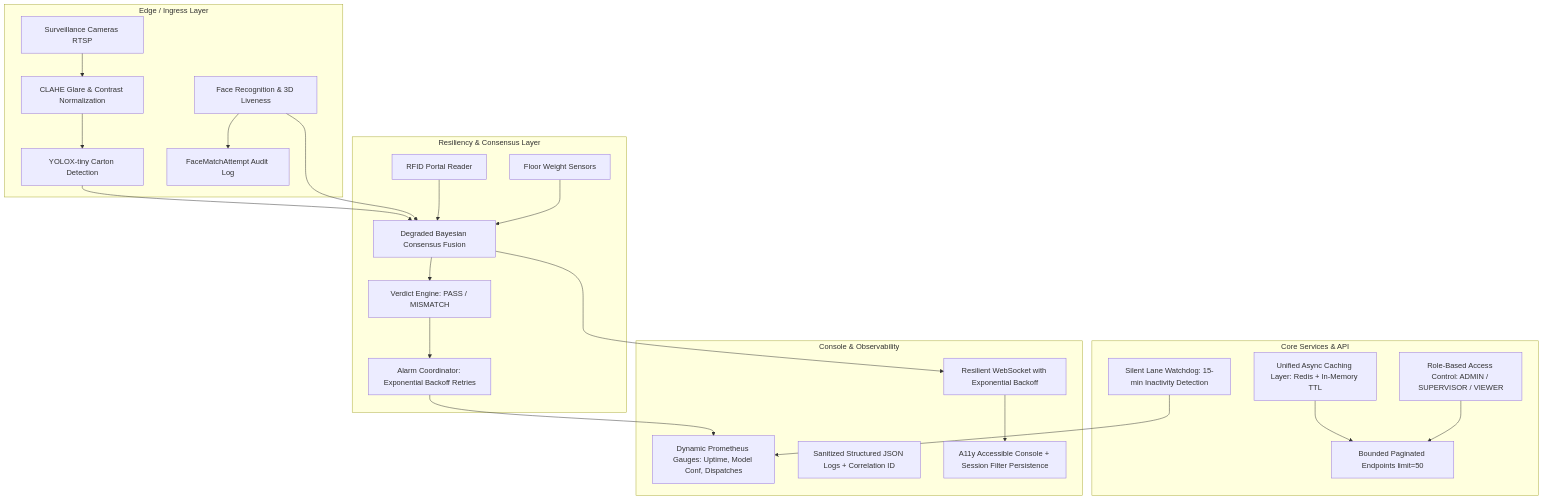
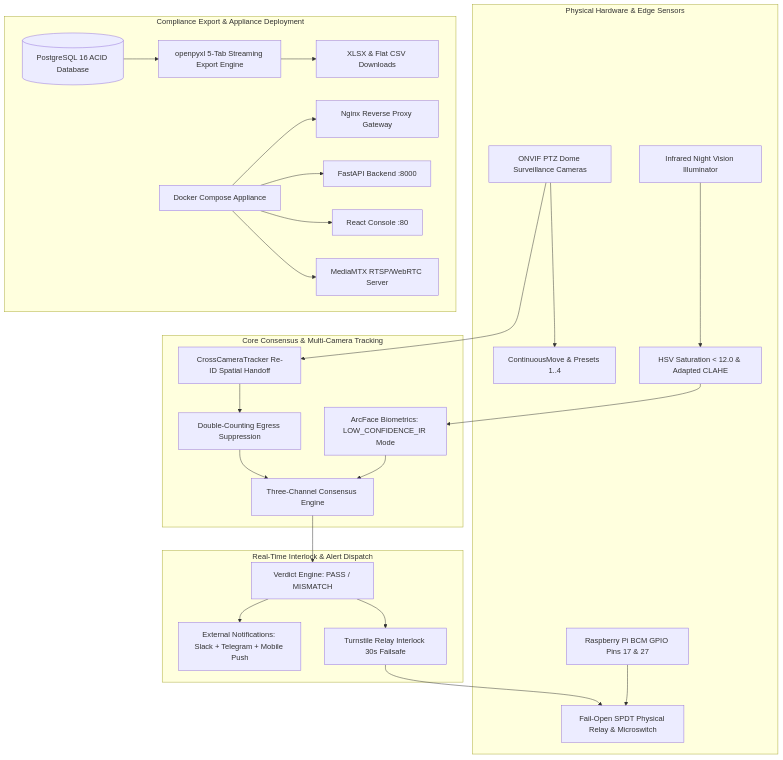
The diagram in CHANGES_SUMMARY.md (KunalPramanik/RETAIL_MONITORING), drawn with Mermaid before and after one commit. The commit also changed other lines of this file and 36 other files, not shown here.

Commit message:
feat: turnstile GPIO relay driver, 5-tab excel export, PTZ & Re-ID handoff, docker compose, IR night vision, webhooks

````diff
--- a/CHANGES_SUMMARY.md
+++ b/CHANGES_SUMMARY.md
@@ -14,38 +14,32 @@
 ```mermaid
 flowchart TD
-    subgraph "Edge / Ingress Layer"
-        Cam[Surveillance Cameras RTSP] --> Glare[CLAHE Glare & Contrast Normalization]
-        Glare --> Det[YOLOX-tiny Carton Detection]
-        Bio[Face Recognition & 3D Liveness] --> BioAudit[FaceMatchAttempt Audit Log]
+    subgraph "Physical Hardware & Edge Sensors"
+        GPIO[Raspberry Pi BCM GPIO Pins 17 & 27] --> Relay[Fail-Open SPDT Physical Relay & Microswitch]
+        PTZCam[ONVIF PTZ Dome Surveillance Cameras] --> ONVIF[ContinuousMove & Presets 1..4]
+        IRSensor[Infrared Night Vision Illuminator] --> IRDetect[HSV Saturation < 12.0 & Adapted CLAHE]
     end
 
-    subgraph "Resiliency & Consensus Layer"
-        Det --> Fusion[Degraded Bayesian Consensus Fusion]
-        Bio --> Fusion
-        RFID[RFID Portal Reader] --> Fusion
-        Scale[Floor Weight Sensors] --> Fusion
-        Fusion --> Verdict[Verdict Engine: PASS / MISMATCH]
-        Verdict --> Alarm[Alarm Coordinator: Exponential Backoff Retries]
+    subgraph "Core Consensus & Multi-Camera Tracking"
+        PTZCam --> Tracker[CrossCameraTracker Re-ID Spatial Handoff]
+        Tracker --> DeDup[Double-Counting Egress Suppression]
+        IRDetect --> FaceBio[ArcFace Biometrics: LOW_CONFIDENCE_IR Mode]
+        DeDup --> Consensus[Three-Channel Consensus Engine]
+        FaceBio --> Consensus
     end
 
-    subgraph "Core Services & API"
-        Cache[Unified Async Caching Layer: Redis + In-Memory TTL]
-        RBAC[Role-Based Access Control: ADMIN / SUPERVISOR / VIEWER]
-        Watchdog[Silent Lane Watchdog: 15-min Inactivity Detection]
-        AuditAPI[Bounded Paginated Endpoints limit=50]
+    subgraph "Real-Time Interlock & Alert Dispatch"
+        Consensus --> Verdict[Verdict Engine: PASS / MISMATCH]
+        Verdict --> Interlock[Turnstile Relay Interlock 30s Failsafe]
+        Verdict --> Webhook[External Notifications: Slack + Telegram + Mobile Push]
+        Interlock --> Relay
     end
 
-    subgraph "Console & Observability"
-        Prom[Dynamic Prometheus Gauges: Uptime, Model Conf, Dispatches]
-        Logs[Sanitized Structured JSON Logs + Correlation ID]
-        WS[Resilient WebSocket with Exponential Backoff]
-        UI[A11y Accessible Console + Session Filter Persistence]
+    subgraph "Compliance Export & Appliance Deployment"
+        DB[(PostgreSQL 16 ACID Database)] --> Export[openpyxl 5-Tab Streaming Export Engine]
+        Export --> Reports[XLSX & Flat CSV Downloads]
+        Stack[Docker Compose Appliance] --> Nginx[Nginx Reverse Proxy Gateway]
+        Stack --> BackendApp[FastAPI Backend :8000]
+        Stack --> ConsoleApp[React Console :80]
+        Stack --> MediaMTX[MediaMTX RTSP/WebRTC Server]
     end
-
-    Alarm --> Prom
-    Watchdog --> Prom
-    Fusion --> WS
-    WS --> UI
-    Cache --> AuditAPI
-    RBAC --> AuditAPI
 ```
````
